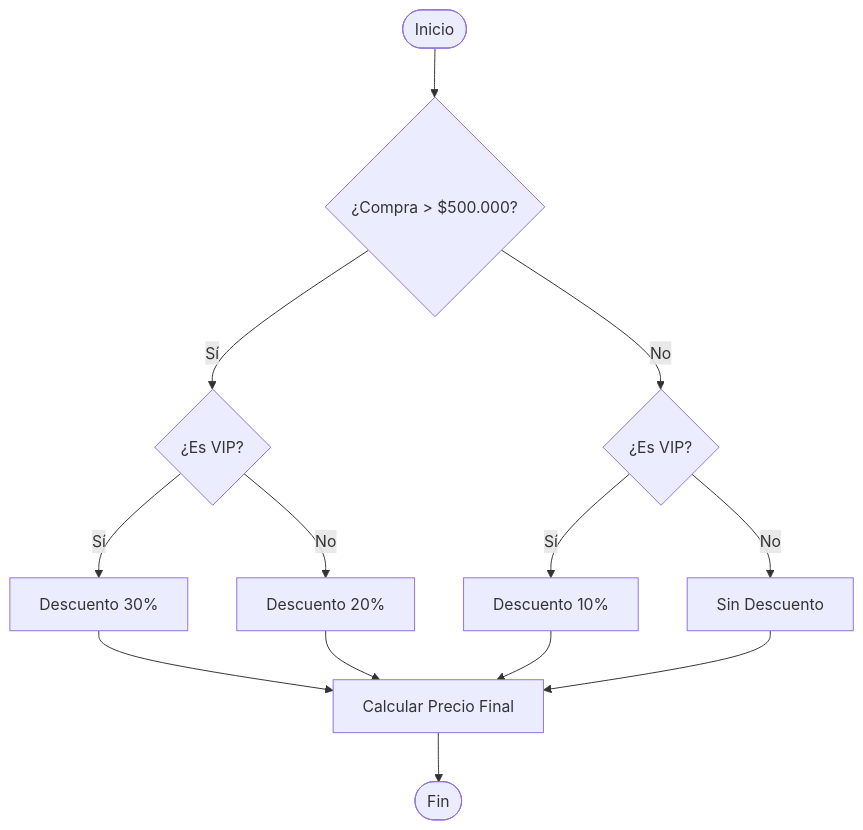
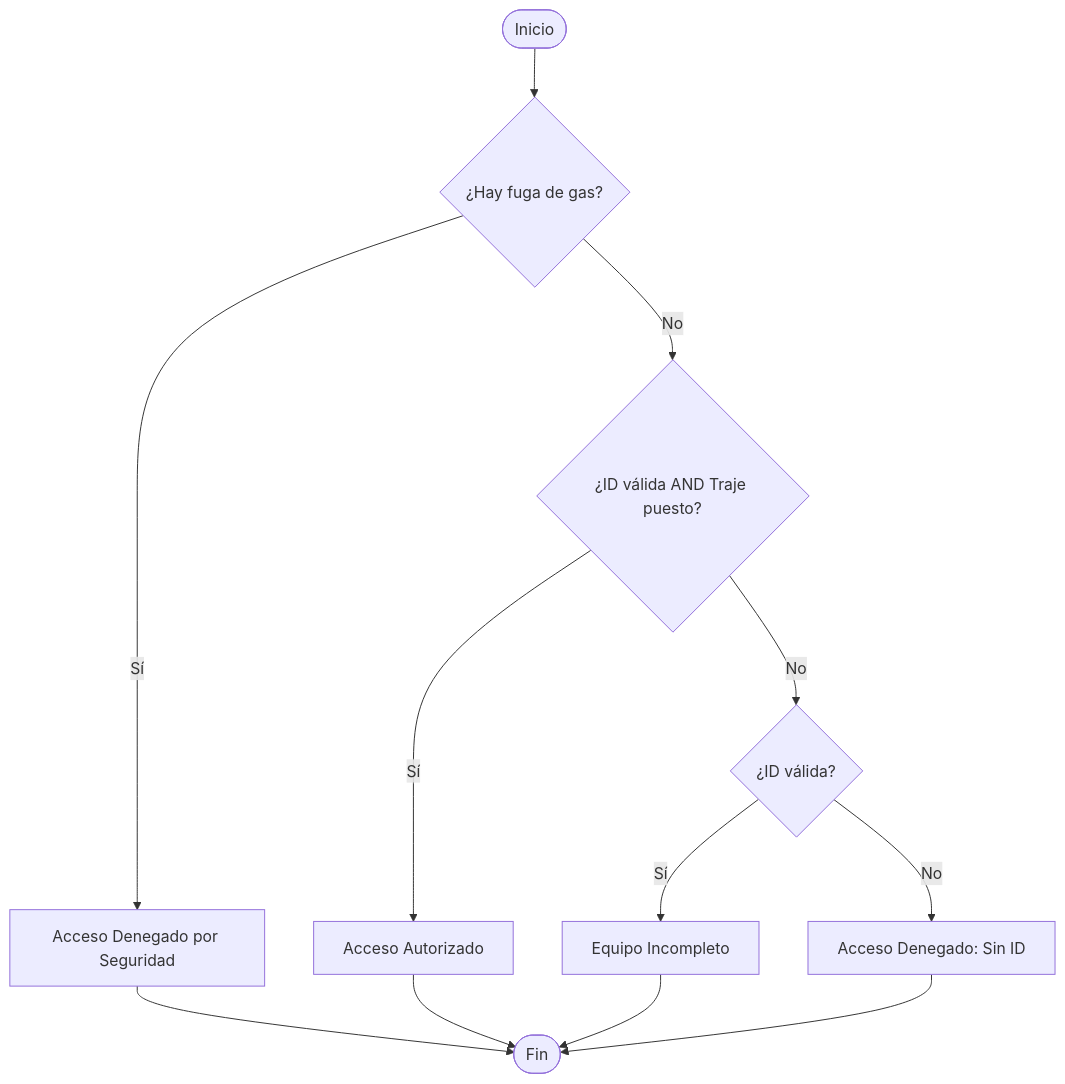
One commit to keylayudex2007-ops/resultados-retos-logica changed the diagram in nivel_0/reto_02_protocolo_de_control.md/diagrama.md. Above: the diagram before and after it, drawn with Mermaid. The commit also changed 8 other files, not shown here.

Commit message:
fundamento_diagrama

````diff
--- a/nivel_0/reto_02_protocolo_de_control.md/diagrama.md
+++ b/nivel_0/reto_02_protocolo_de_control.md/diagrama.md
@@ -1,15 +1,14 @@
 ```mermaid
 graph TD
-    A([Inicio]) --> B{¿Compra > $500.000?}
-    B -- Sí --> C{¿Es VIP?}
-    C -- Sí --> D[Descuento 30%]
-    C -- No --> E[Descuento 20%]
-    B -- No --> F{¿Es VIP?}
-    F -- Sí --> G[Descuento 10%]
-    F -- No --> H[Sin Descuento]
-    D --> I[Calcular Precio Final]
+    A([Inicio]) --> B{¿Hay fuga de gas?}
+    B -- Sí --> C[Acceso Denegado por Seguridad]
+    B -- No --> D{¿ID válida AND Traje puesto?}
+    D -- Sí --> E[Acceso Autorizado]
+    D -- No --> F{¿ID válida?}
+    F -- Sí --> G[Equipo Incompleto]
+    F -- No --> H[Acceso Denegado: Sin ID]
+    C --> I([Fin])
     E --> I
     G --> I
     H --> I
-    I --> J([Fin])
 ```
````
